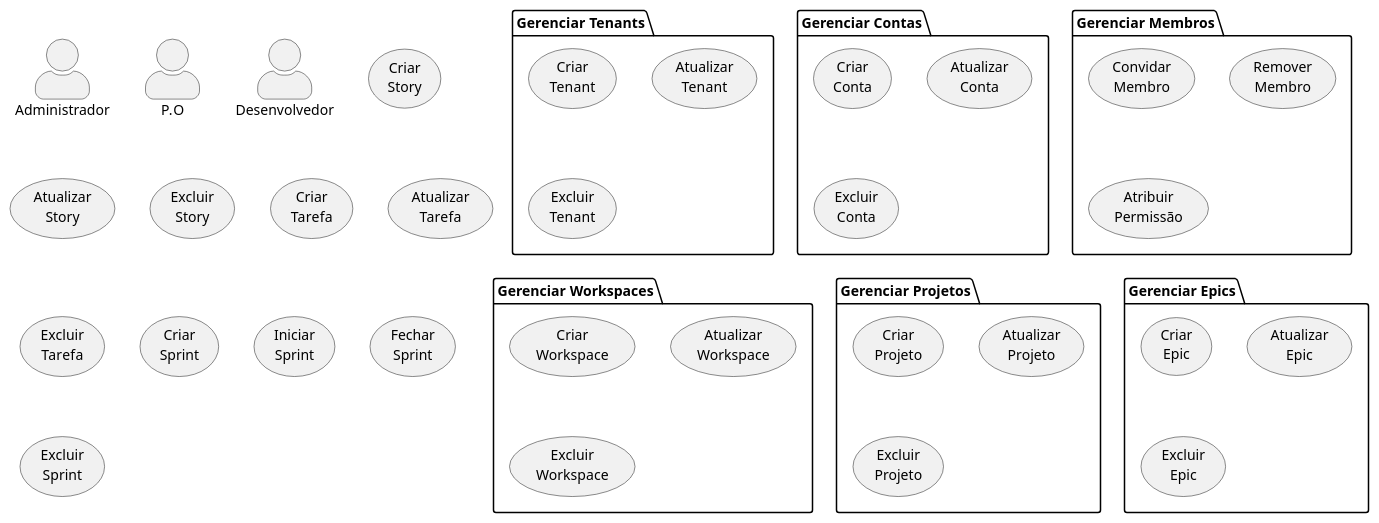
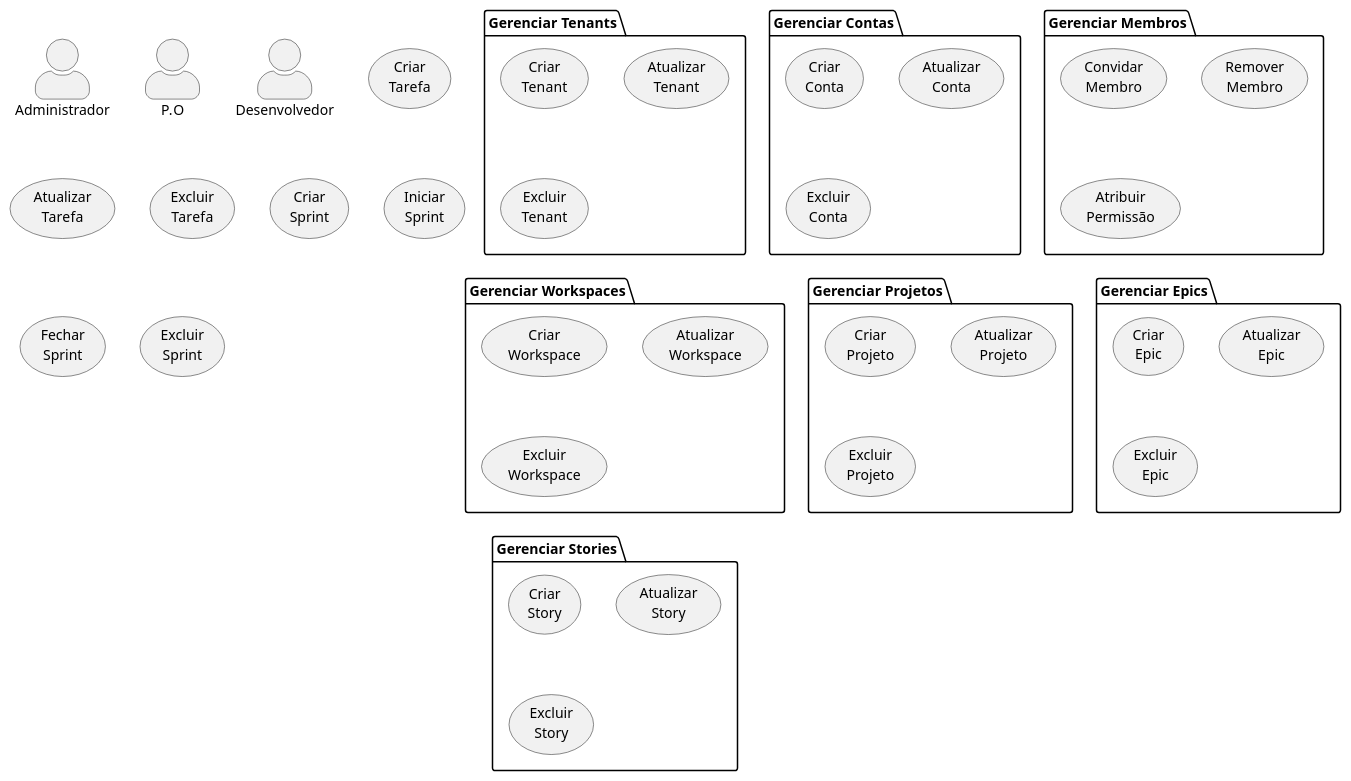
The diagram in use_case.plantuml (jairokoning/sprint_manager_uml), drawn with PlantUML before and after one commit.

Commit message:
feat: add use case package manage stories

```diff
--- a/use_case.plantuml
+++ b/use_case.plantuml
@@ -1,62 +1,63 @@
 @startuml ""
 ' http://www.plantuml.com/plantuml/uml/SoWkIImgAStDuUBISCiiAYvHA2rEJKuiJjNaqd3Coo_9I2s2YoWa5YjeX3eRQN91HHH2dOtXR0sVnEAIc3nanQ7E9bnS3gbvAI3p0G00
 skinparam TextAlign center
 skinparam actorStyle awesome
 
 actor Administrador as adm
 actor P.O as po
 actor Desenvolvedor as dev
 
 package "Gerenciar Tenants" {
   usecase "Criar\nTenant" as createTenant
   usecase "Atualizar\nTenant" as updateTenant
   usecase "Excluir\nTenant" as deleteTenant
 }
 
 package "Gerenciar Contas" {
   usecase "Criar\nConta" as createAccount
   usecase "Atualizar\nConta" as updateAccount
   usecase "Excluir\nConta" as deleteAccount
 }
 
 package "Gerenciar Membros" {
   usecase "Convidar\nMembro" as inviteMember
   usecase "Remover\nMembro" as removeMember
   usecase "Atribuir\nPermissão" as setPermission
 }
 
 package "Gerenciar Workspaces" {
   usecase "Criar\nWorkspace" as createWorkspace
   usecase "Atualizar\nWorkspace" as updateWorkspace
   usecase "Excluir\nWorkspace" as deleteWorkspace
 }
 
 package "Gerenciar Projetos" {
   usecase "Criar\nProjeto" as createProject
   usecase "Atualizar\nProjeto" as updateProject
   usecase "Excluir\nProjeto" as deleteProject
 }
 
 package "Gerenciar Epics" {
   usecase "Criar\nEpic" as createEpic
   usecase "Atualizar\nEpic" as updateEpic
   usecase "Excluir\nEpic" as deleteEpic
 }
 
-usecase "Criar\nStory" as createStory
-usecase "Atualizar\nStory" as updateStory
-usecase "Excluir\nStory" as deleteStory
+package "Gerenciar Stories" {
+  usecase "Criar\nStory" as createStory
+  usecase "Atualizar\nStory" as updateStory
+  usecase "Excluir\nStory" as deleteStory
+}
+  usecase "Criar\nTarefa" as createTask
+  usecase "Atualizar\nTarefa" as updateTask
+  usecase "Excluir\nTarefa" as deleteTask
 
-usecase "Criar\nTarefa" as createTask
-usecase "Atualizar\nTarefa" as updateTask
-usecase "Excluir\nTarefa" as deleteTask
-
-usecase "Criar\nSprint" as createSprint
-usecase "Iniciar\nSprint" as openSprint
-usecase "Fechar\nSprint" as closeSprint
-usecase "Excluir\nSprint" as deleteSprint
+  usecase "Criar\nSprint" as createSprint
+  usecase "Iniciar\nSprint" as openSprint
+  usecase "Fechar\nSprint" as closeSprint
+  usecase "Excluir\nSprint" as deleteSprint
 
 'Quando concluir todas tarefas de um recurso, deve automaticamente concluir o Recurso, e quando concluir todos os recursos de Epic, deve concluir o Epi
 'Criar um grafico de gantt baseado nas tarefas
 
 @enduml
```
